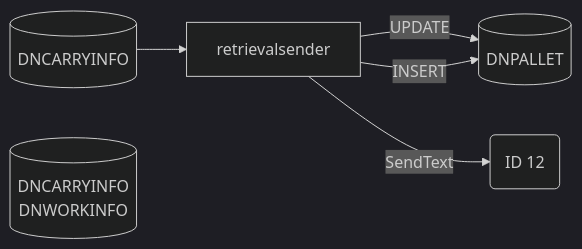
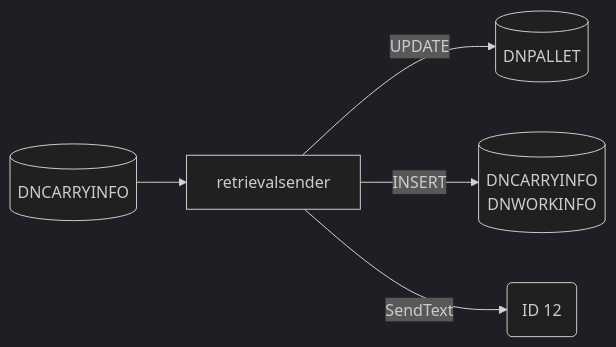
One commit to luthfiadityaa/SimeDarby-Wiki changed the fifth of 17 diagrams in Basic-Design/DFD-WMS/Retrieval/QC-Setting/Retrieval-for-QC-Start.md. Above: the diagram before and after it, drawn with Mermaid (dark theme).

Commit message:
Updated Retrieval for QC Start

```diff
--- a/Basic-Design/DFD-WMS/Retrieval/QC-Setting/Retrieval-for-QC-Start.md
+++ b/Basic-Design/DFD-WMS/Retrieval/QC-Setting/Retrieval-for-QC-Start.md
@@ -228,24 +228,24 @@
 ::: mermaid
 flowchart LR
 
 retrievalsender-input[("
 DNCARRYINFO
 ")]
 
 retrievalsender-update[("
 DNPALLET
 ")]
 
 retrievalsender-insert[("
 DNCARRYINFO
 DNWORKINFO
 ")]
 
 id12msg("
 ID 12
 ")
 
 retrievalsender-input-->retrievalsender--> |UPDATE| retrievalsender-update
-retrievalsender--> |INSERT| retrievalsender-update
+retrievalsender--> |INSERT| retrievalsender-insert
 retrievalsender--> |SendText| id12msg
 :::
```
